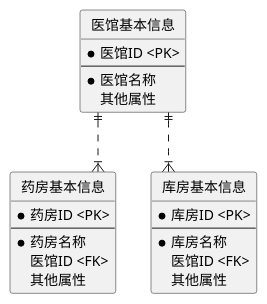
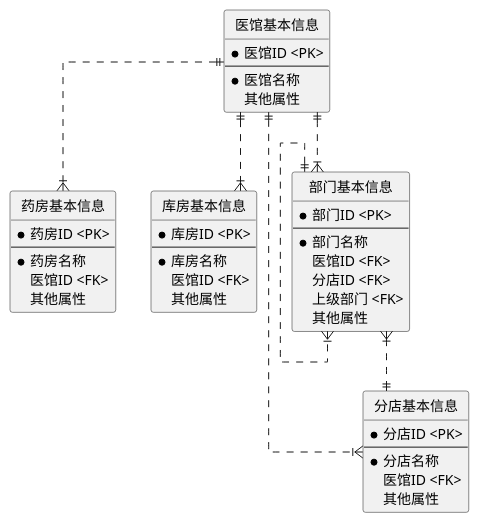
Before and after one commit to ab-shangzhou/medicine-museum: the first of 2 diagrams in src/main/asciidoc/index002.adoc, drawn with PlantUML. The commit also changed other lines of this file and 3 other files, not shown here.

Commit message:
添加医馆、药房、库房关系图

```diff
--- a/src/main/asciidoc/index002.adoc
+++ b/src/main/asciidoc/index002.adoc
@@ -9,35 +9,56 @@
 [plantuml, entity000, png]
 ....
 @startuml
 ' hide the spot
 hide circle
 ' avoid problems with angled crows feet
 skinparam linetype ortho
 
 entity "医馆基本信息" as e01 {
     *医馆ID <PK>
     --
     *医馆名称
      其他属性
 }
 
 entity "药房基本信息" as e02 {
     *药房ID <PK>
     --
     *药房名称
      医馆ID <FK>
      其他属性
 }
 
 entity "库房基本信息" as e03 {
     *库房ID <PK>
     --
     *库房名称
      医馆ID <FK>
      其他属性
 }
 
+entity "部门基本信息" as e04 {
+    *部门ID <PK>
+    --
+    *部门名称
+     医馆ID <FK>
+     分店ID <FK>
+     上级部门 <FK>
+     其他属性
+}
+entity "分店基本信息" as e05 {
+    *分店ID <PK>
+    --
+    *分店名称
+     医馆ID <FK>
+     其他属性
+}
+
 e01 ||..|{ e02
 e01 ||..|{ e03
+e01 ||..|{ e04
+e01 ||..|{ e05
+e04 ||..|{ e04
+e04 }|..|| e05
 @enduml
 ....
```
